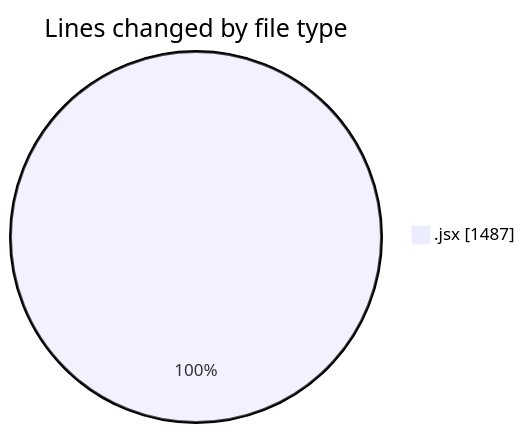
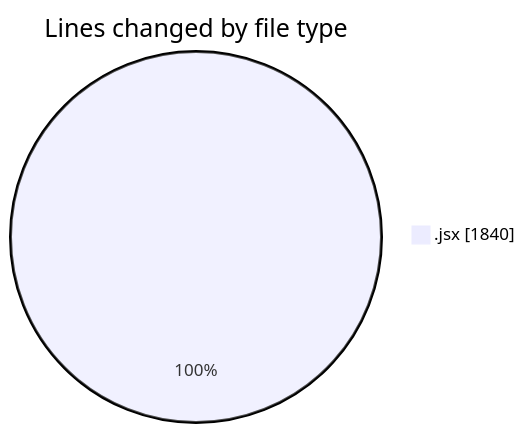
Before and after one commit to nxtqubesakshisongat/code-tracking: the first of 2 diagrams in 2025-05-10/argos-dev/README.md, drawn with Mermaid. The commit also changed other lines of this file and 1 other file, not shown here.

````diff
--- a/2025-05-10/argos-dev/README.md
+++ b/2025-05-10/argos-dev/README.md
@@ -21,5 +21,5 @@
 ```mermaid
 pie showData
 title Lines changed by file type
-".jsx" : 1487
+".jsx" : 1840
 ```
````
